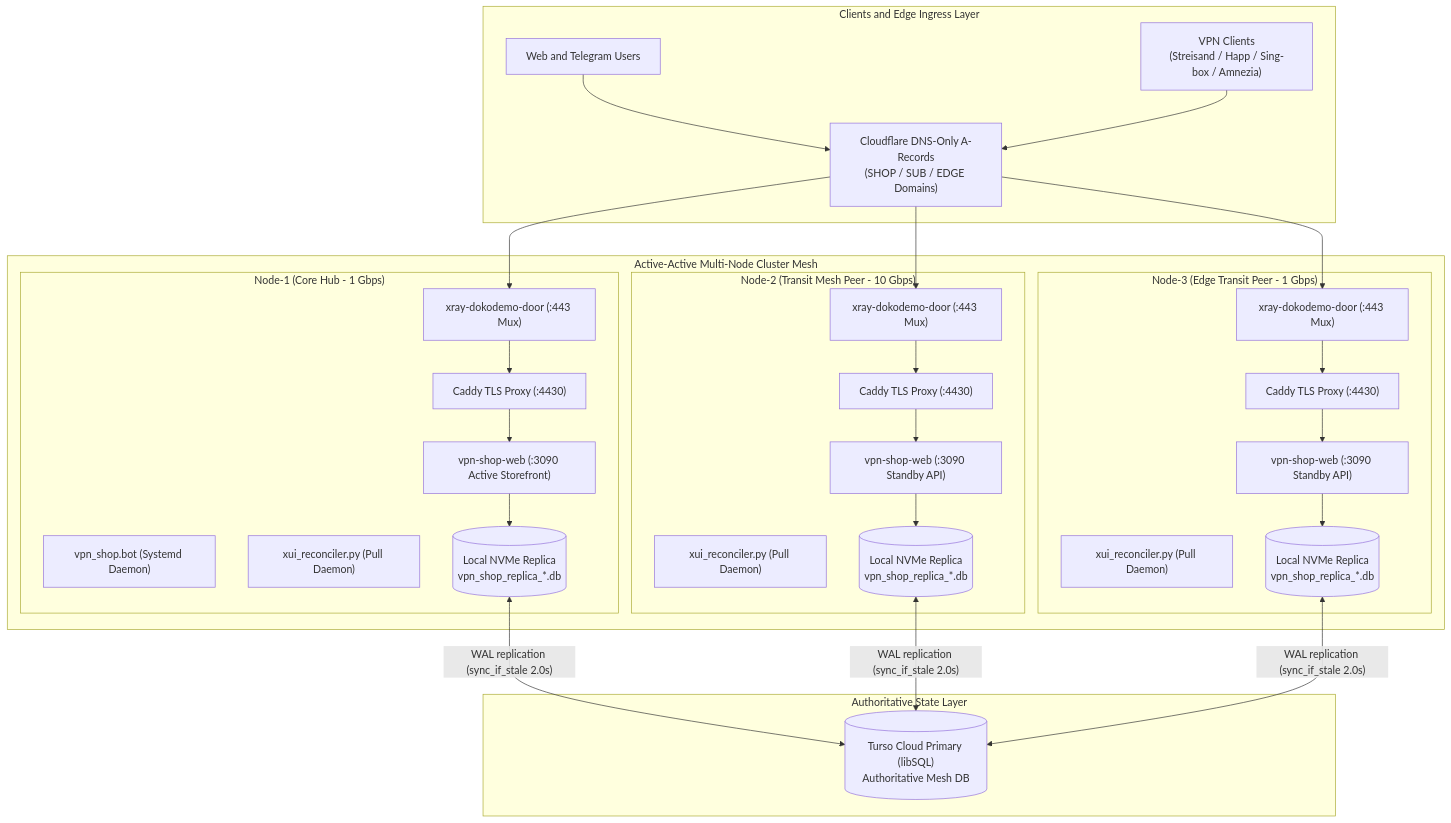
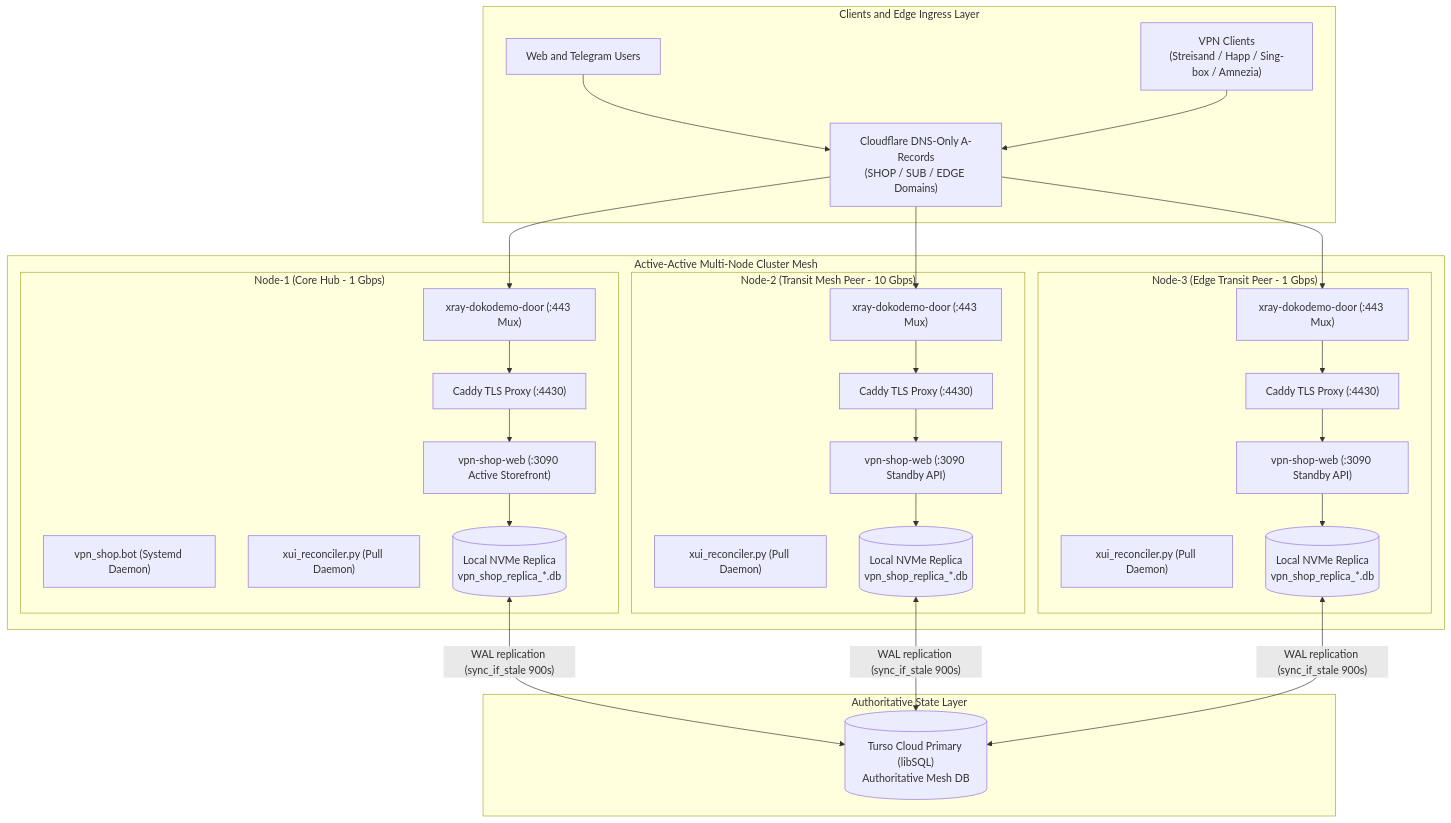
One commit to Nikitzima/SilentConnect changed the first of 5 diagrams in ARCHITECTURE.md. Above: the diagram before and after it, drawn with Mermaid. The commit also changed other lines of this file and 5 other files, not shown here.

````diff
--- a/ARCHITECTURE.md
+++ b/ARCHITECTURE.md
@@ -38,61 +38,61 @@
 ```mermaid
 flowchart TD
     subgraph Clients["Clients and Edge Ingress Layer"]
         CLI["VPN Clients\n(Streisand / Happ / Sing-box / Amnezia)"]
         WEB["Web and Telegram Users"]
         DNS["Cloudflare DNS-Only A-Records\n(SHOP / SUB / EDGE Domains)"]
     end
 
     subgraph Mesh["Active-Active Multi-Node Cluster Mesh"]
         subgraph N1["Node-1 (Core Hub - 1 Gbps)"]
             MUX1["xray-dokodemo-door (:443 Mux)"]
             CAD1["Caddy TLS Proxy (:4430)"]
             WEB1["vpn-shop-web (:3090 Active Storefront)"]
             BOT1["vpn_shop.bot (Systemd Daemon)"]
             REC1["xui_reconciler.py (Pull Daemon)"]
             DB1[("Local NVMe Replica\nvpn_shop_replica_*.db")]
         end
 
         subgraph N2["Node-2 (Transit Mesh Peer - 10 Gbps)"]
             MUX2["xray-dokodemo-door (:443 Mux)"]
             CAD2["Caddy TLS Proxy (:4430)"]
             WEB2["vpn-shop-web (:3090 Standby API)"]
             REC2["xui_reconciler.py (Pull Daemon)"]
             DB2[("Local NVMe Replica\nvpn_shop_replica_*.db")]
         end
 
         subgraph N3["Node-3 (Edge Transit Peer - 1 Gbps)"]
             MUX3["xray-dokodemo-door (:443 Mux)"]
             CAD3["Caddy TLS Proxy (:4430)"]
             WEB3["vpn-shop-web (:3090 Standby API)"]
             REC3["xui_reconciler.py (Pull Daemon)"]
             DB3[("Local NVMe Replica\nvpn_shop_replica_*.db")]
         end
     end
 
     subgraph Storage["Authoritative State Layer"]
         TURSO[("Turso Cloud Primary (libSQL)\nAuthoritative Mesh DB")]
     end
 
     WEB --> DNS
     CLI --> DNS
     DNS --> MUX1
     DNS --> MUX2
     DNS --> MUX3
 
     MUX1 --> CAD1
     CAD1 --> WEB1
     WEB1 --> DB1
 
     MUX2 --> CAD2
     CAD2 --> WEB2
     WEB2 --> DB2
 
     MUX3 --> CAD3
     CAD3 --> WEB3
     WEB3 --> DB3
 
-    DB1 <-->|"WAL replication (sync_if_stale 2.0s)"| TURSO
-    DB2 <-->|"WAL replication (sync_if_stale 2.0s)"| TURSO
-    DB3 <-->|"WAL replication (sync_if_stale 2.0s)"| TURSO
+    DB1 <-->|"WAL replication (sync_if_stale 900s)"| TURSO
+    DB2 <-->|"WAL replication (sync_if_stale 900s)"| TURSO
+    DB3 <-->|"WAL replication (sync_if_stale 900s)"| TURSO
 ```
````
